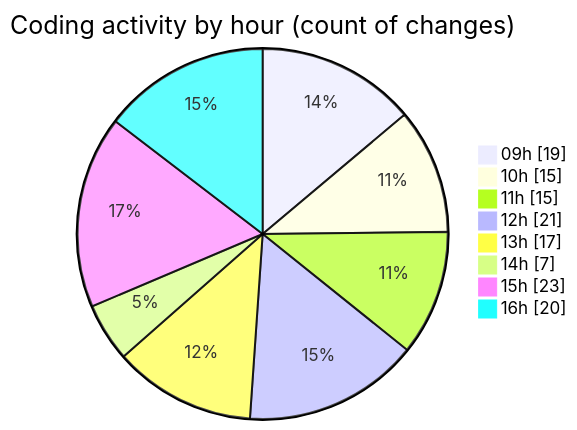
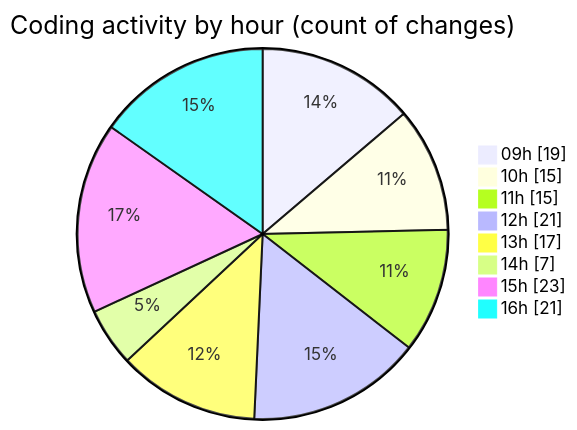
The second of 2 diagrams in 2025-09-05/cda/README.md (momahboobian/code-tracking), drawn with Mermaid before and after one commit. The commit also changed other lines of this file and 1 other file, not shown here.

````diff
--- a/2025-09-05/cda/README.md
+++ b/2025-09-05/cda/README.md
@@ -37,12 +37,12 @@
 ```mermaid
 pie showData
 title Coding activity by hour (count of changes)
 "09h" : 19
 "10h" : 15
 "11h" : 15
 "12h" : 21
 "13h" : 17
 "14h" : 7
 "15h" : 23
-"16h" : 20
+"16h" : 21
 ```
````
